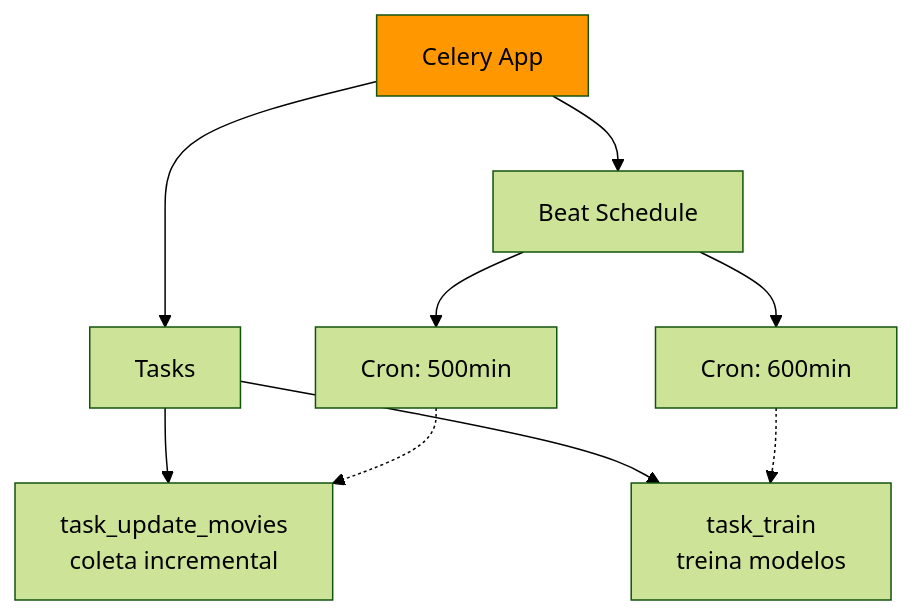
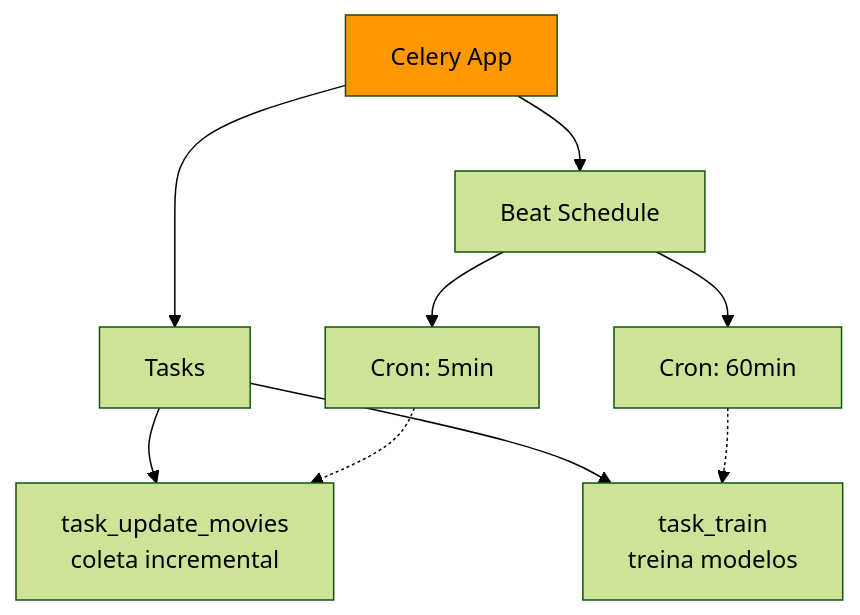
One commit to lucasboot/tmdb-ml-phase3-postech changed the seventh of 14 diagrams in STORYTELLING.md. Above: the diagram before and after it, drawn with Mermaid (forest theme). The commit also changed other lines of this file and 1 other file, not shown here.

Commit message:
feat: atualização do STORYTELLING.md para refletir mudanças na frequência de coleta e treinamento de dados, alterando os intervalos de 500 minutos para 5 minutos e de 600 minutos para 1 hora. Ajustes nas notas e diagramas para melhor clareza do fluxo de tarefas.

````diff
--- a/STORYTELLING.md
+++ b/STORYTELLING.md
@@ -254,16 +254,16 @@
 ```mermaid
 graph TB
     A[Celery App] --> B[Tasks]
     A --> C[Beat Schedule]
     
     B --> D[task_update_movies<br/>coleta incremental]
     B --> E[task_train<br/>treina modelos]
     
-    C --> F[Cron: 500min]
-    C --> G[Cron: 600min]
+    C --> F[Cron: 5min]
+    C --> G[Cron: 60min]
     
     F -.-> D
     G -.-> E
     
     style A fill:#FF9800
 ```
````
